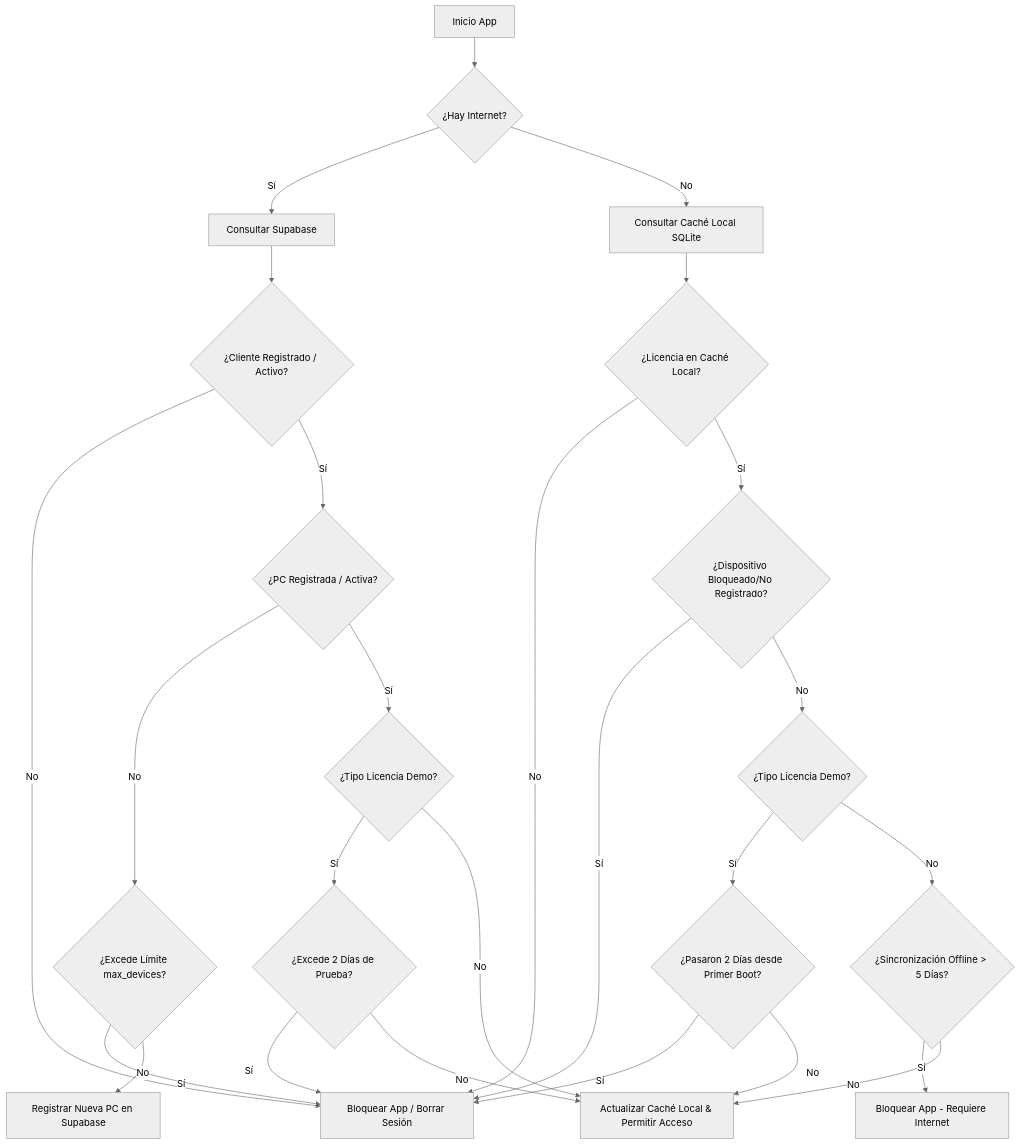
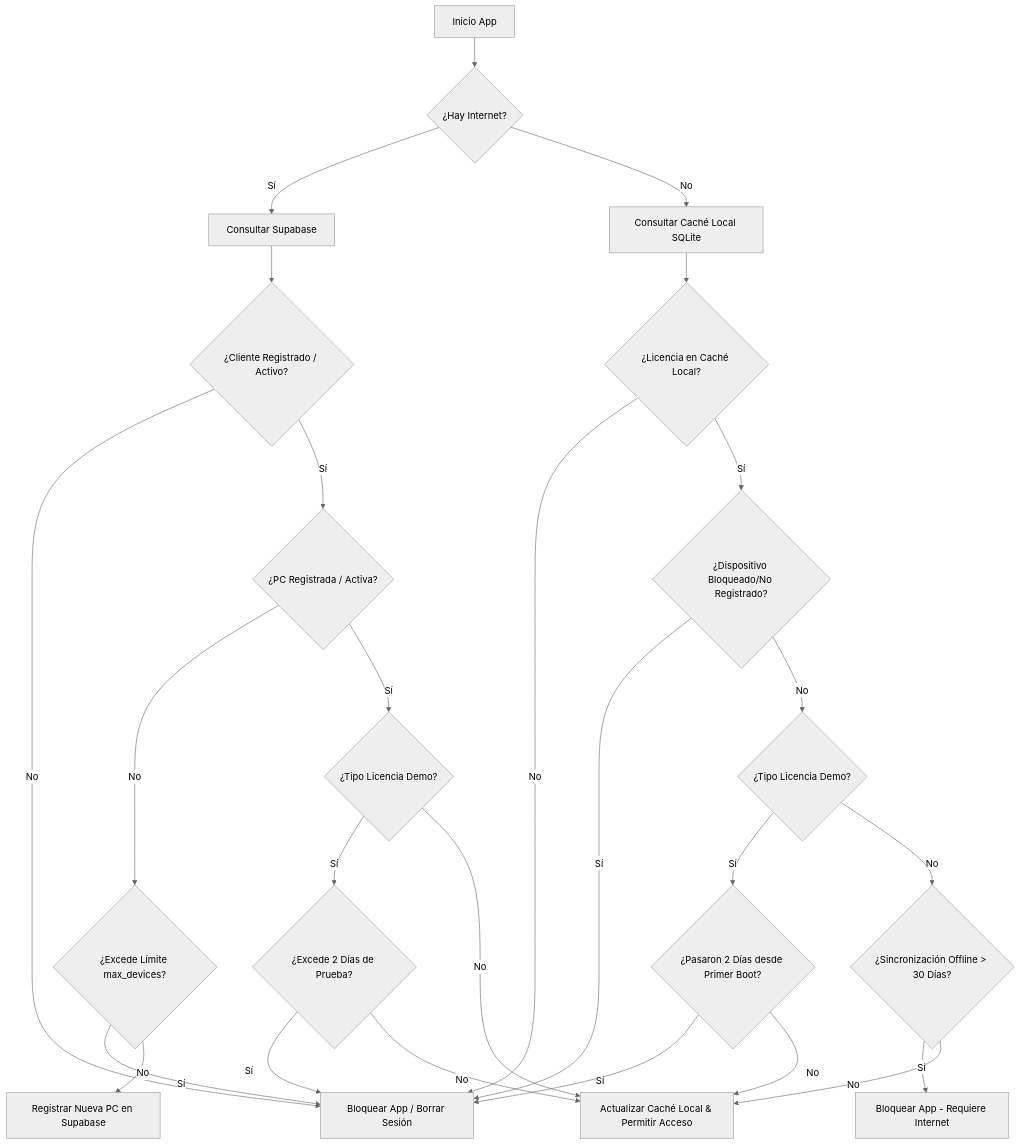
Before and after one commit to LuisRodriguez27/IMPRENTA-SETH: the first of 2 diagrams in licensing_system_implementation.md, drawn with Mermaid (neutral theme). The commit also changed other lines of this file and 8 other files, not shown here.

````diff
--- a/licensing_system_implementation.md
+++ b/licensing_system_implementation.md
@@ -14,35 +14,35 @@
 ```mermaid
 graph TD
     A[Inicio App] --> B{¿Hay Internet?}
     B -- Sí --> C[Consultar Supabase]
     B -- No --> D[Consultar Caché Local SQLite]
     
     C --> E{¿Cliente Registrado / Activo?}
     E -- No --> F[Bloquear App / Borrar Sesión]
     E -- Sí --> G{¿PC Registrada / Activa?}
     
     G -- No --> H{¿Excede Límite max_devices?}
     H -- Sí --> F
     H -- No --> I[Registrar Nueva PC en Supabase]
     
     G -- Sí --> J{¿Tipo Licencia Demo?}
     J -- Sí --> K{¿Excede 2 Días de Prueba?}
     K -- Sí --> F
     K -- No --> L[Actualizar Caché Local & Permitir Acceso]
     
     J -- No --> L
     
     D --> M{¿Licencia en Caché Local?}
     M -- No --> F
     M -- Sí --> N{¿Dispositivo Bloqueado/No Registrado?}
     N -- Sí --> F
     N -- No --> O{¿Tipo Licencia Demo?}
     
     O -- Sí --> P{¿Pasaron 2 Días desde Primer Boot?}
     P -- Sí --> F
     P -- No --> L
     
-    O -- No --> Q{¿Sincronización Offline > 5 Días?}
+    O -- No --> Q{¿Sincronización Offline > 30 Días?}
     Q -- Sí --> R[Bloquear App - Requiere Internet]
     Q -- No --> L
 ```
````
